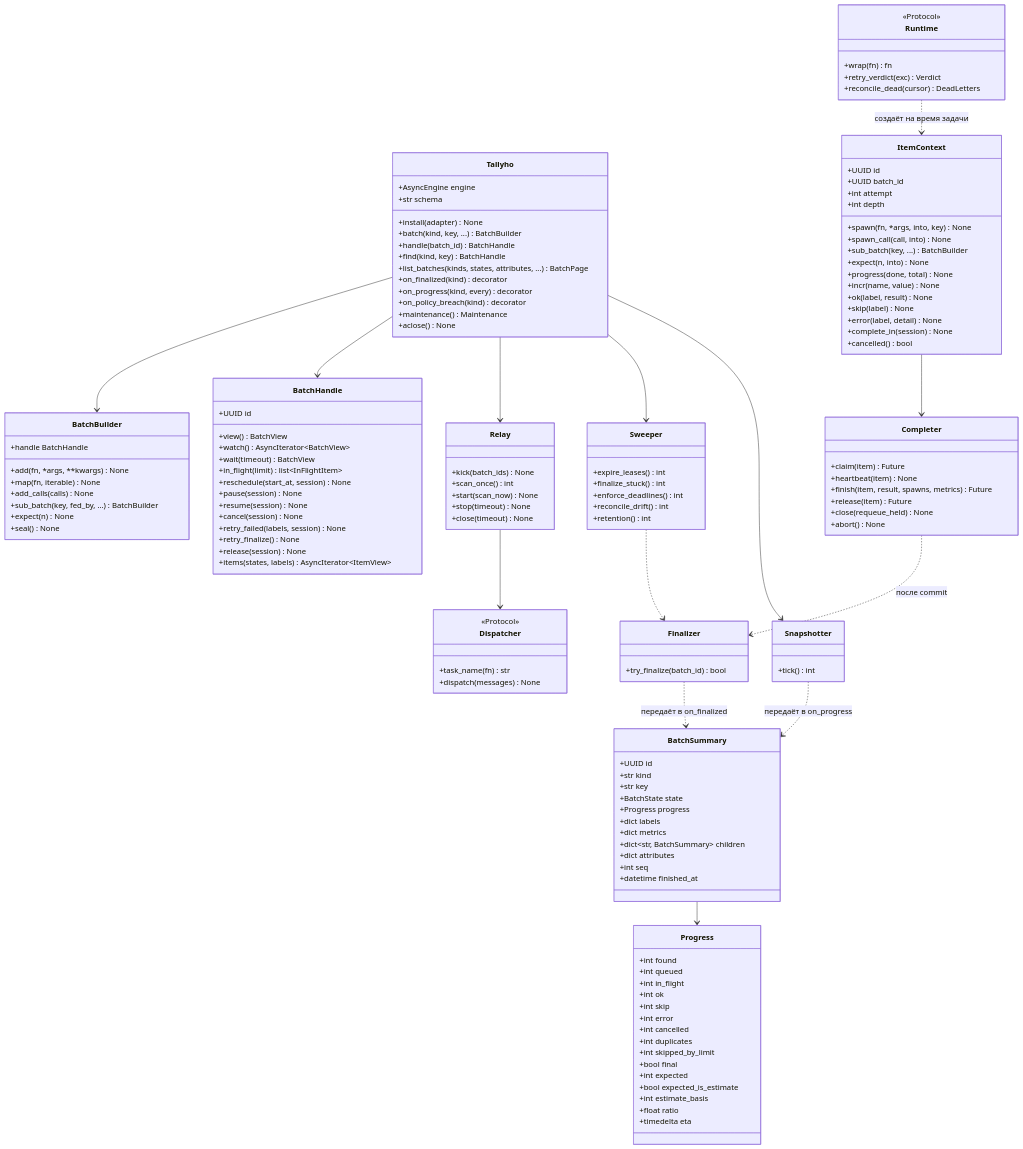
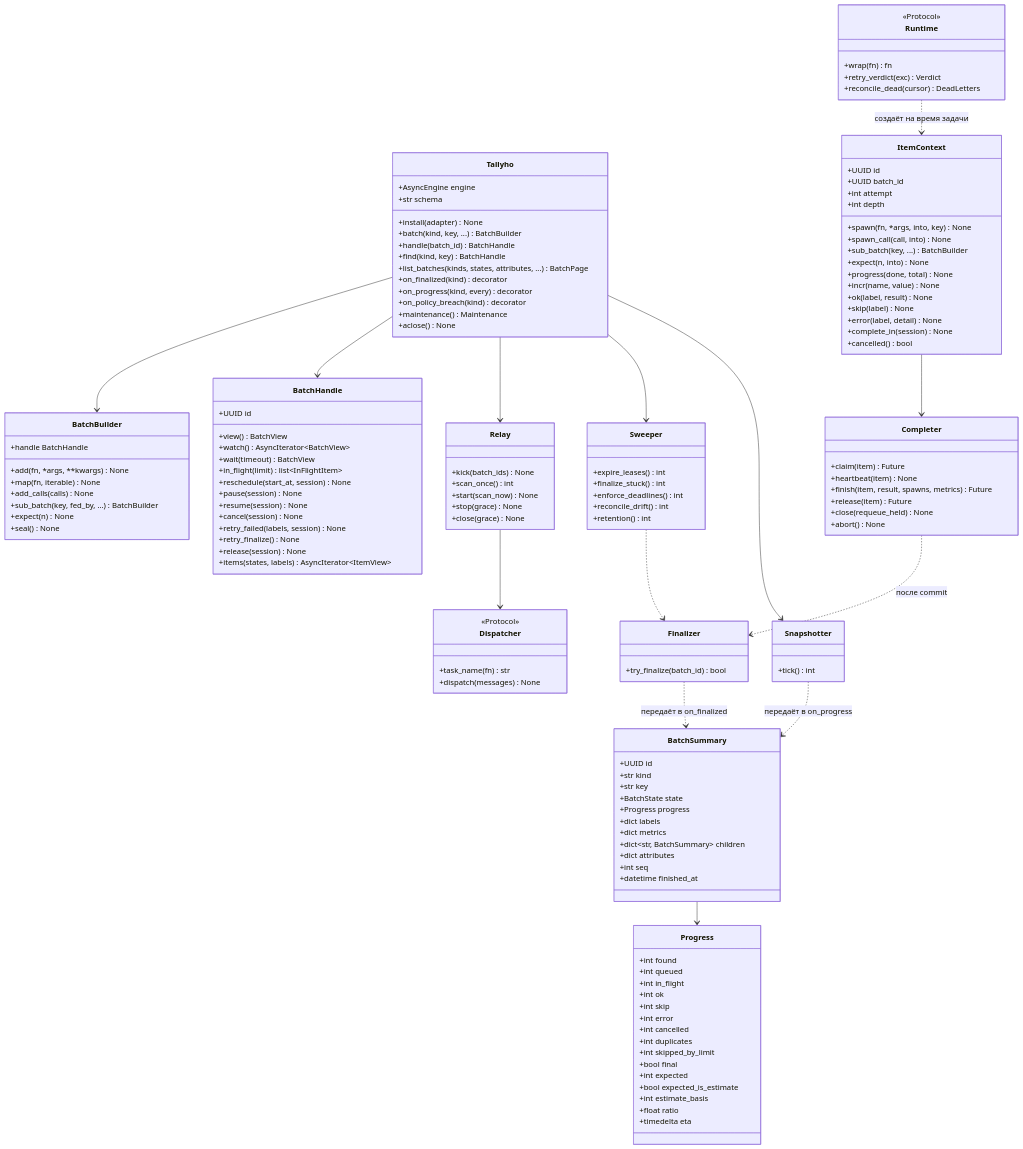
One commit to 0cherednoq/Tallyho changed the fourth of 39 diagrams in docs/ARCHITECTURE.md. Above: the diagram before and after it, drawn with Mermaid. The commit also changed other lines of this file, not shown here.

Commit message:
Fix-11: уточнить в ARCHITECTURE остановку воркера flexiq
§11.3: flexiq 2.0.0 не возвращает управление из `run_worker` по истечении
`drain_timeout`, пока заняты все слоты `async_concurrency` (эксперимент:
8 задач при `async_concurrency=8`), поэтому срок остановки воркер
ограничивает сам и закрывает установку при ещё работающем loop
исполнителя. §3.4: срок мягкой остановки relay называется `grace`.

```diff
--- a/docs/ARCHITECTURE.md
+++ b/docs/ARCHITECTURE.md
@@ -300,8 +300,8 @@
         +kick(batch_ids) None
         +scan_once() int
         +start(scan_now) None
-        +stop(timeout) None
-        +close(timeout) None
+        +stop(grace) None
+        +close(grace) None
     }
     class Sweeper {
         +expire_leases() int
```
